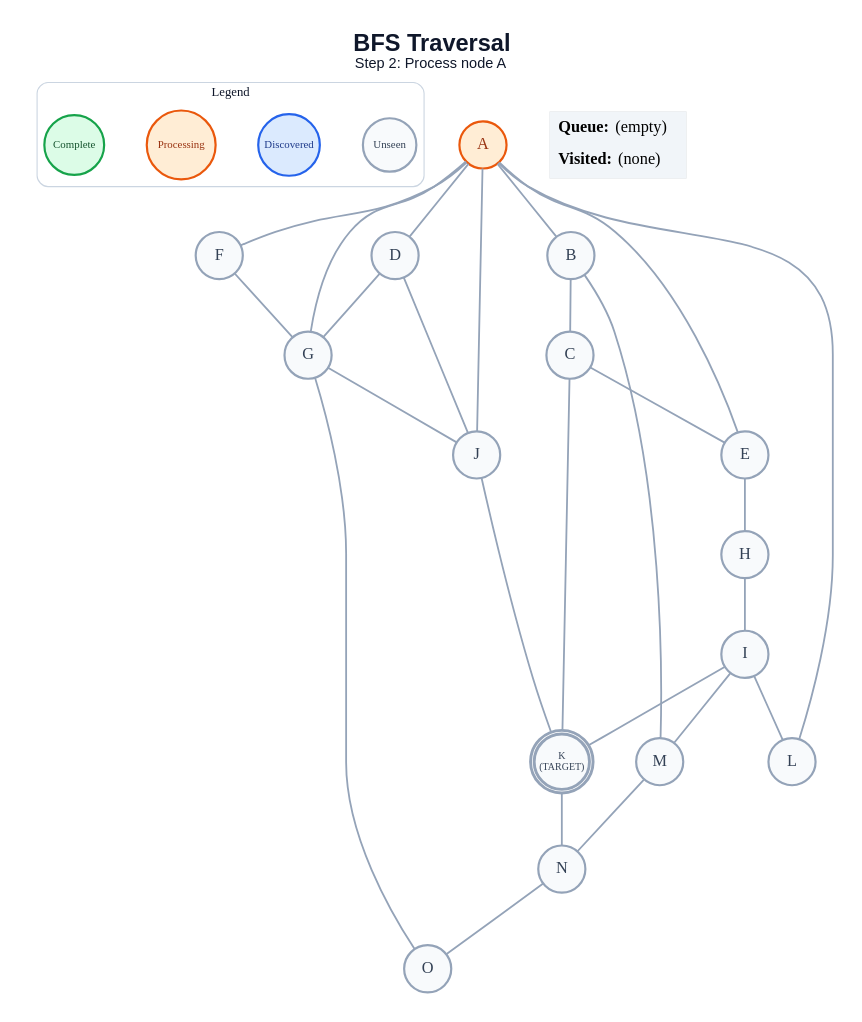
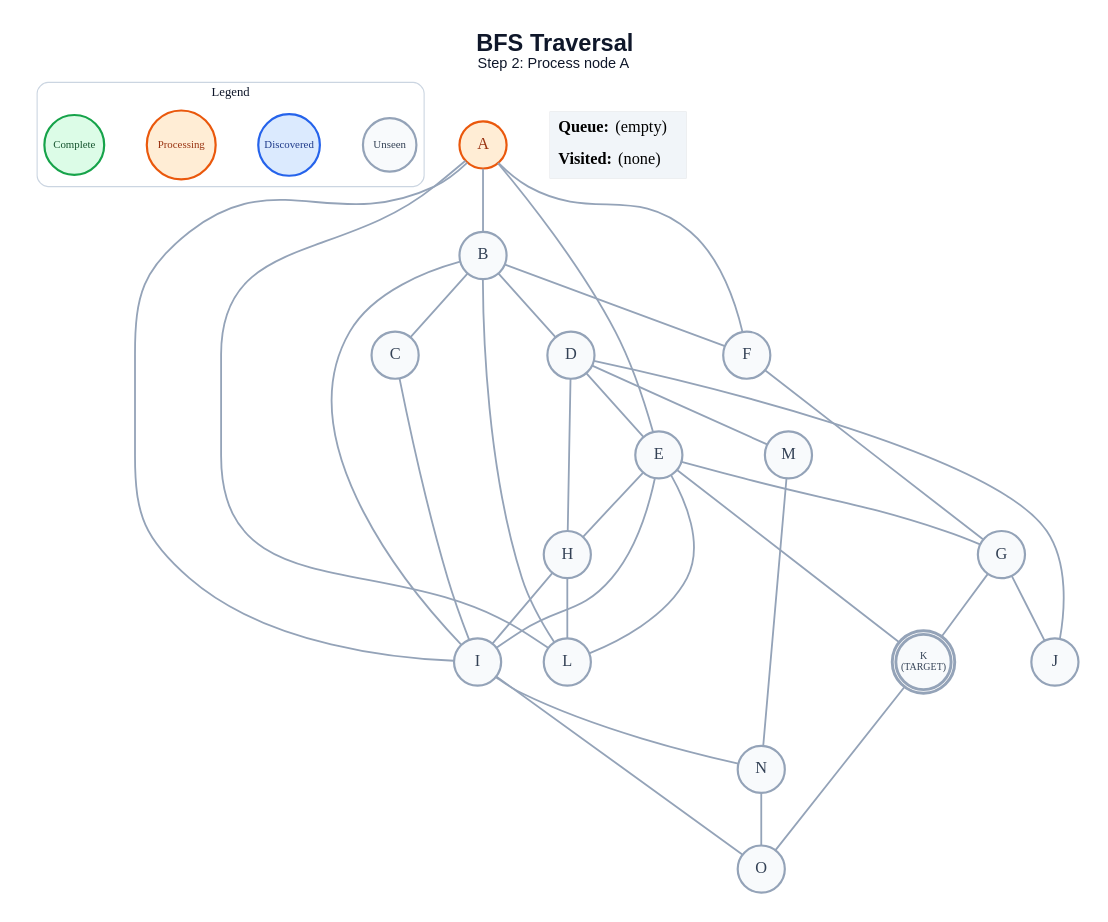
Before and after one commit to anon7238593-create/ai-slop: the diagram in generated/bfs/step_02.dot, drawn with Graphviz. The commit also changed 263 other files, not shown here.

```diff
--- a/generated/bfs/step_02.dot
+++ b/generated/bfs/step_02.dot
@@ -1,59 +1,64 @@
 graph traversal {
   graph [layout=dot, rankdir=TB, bgcolor="#FFFFFF", pad="0.35", nodesep="0.65", ranksep="0.8", fontname="Arial"];
   node [shape=circle, style="filled", fontname="Arial Bold", fontsize=18, width=0.72, fixedsize=true, penwidth=2.4];
   edge [color="#94A3B8", penwidth=2.0];
   label=<<B>BFS Traversal</B><BR/><FONT POINT-SIZE="16">Step 2: Process node A</FONT>>; labelloc="t"; fontsize=26; fontname="Arial"; fontcolor="#0F172A";
   subgraph cluster_legend { label="Legend"; color="#CBD5E1"; penwidth=1.2; style="rounded"; fontsize=14; fontname="Arial Bold";
     key_unseen [label="Unseen", fillcolor="#F8FAFC", color="#94A3B8", fontcolor="#334155", fontsize=12, width=0.82];
     key_frontier [label="Discovered", fillcolor="#DBEAFE", color="#2563EB", fontcolor="#1E3A8A", fontsize=12, width=0.95];
     key_current [label="Processing", fillcolor="#FFEDD5", color="#EA580C", fontcolor="#9A3412", fontsize=12, width=1.05];
     key_done [label="Complete", fillcolor="#DCFCE7", color="#16A34A", fontcolor="#14532D", fontsize=12, width=0.92];
     { rank=same; key_unseen; key_frontier; key_current; key_done; }
   }
   A [label="A", fillcolor="#FFEDD5", color="#EA580C", fontcolor="#9A3412", peripheries=1, penwidth=2.4];
   B [label="B", fillcolor="#F8FAFC", color="#94A3B8", fontcolor="#334155", peripheries=1, penwidth=2.4];
   C [label="C", fillcolor="#F8FAFC", color="#94A3B8", fontcolor="#334155", peripheries=1, penwidth=2.4];
   D [label="D", fillcolor="#F8FAFC", color="#94A3B8", fontcolor="#334155", peripheries=1, penwidth=2.4];
   E [label="E", fillcolor="#F8FAFC", color="#94A3B8", fontcolor="#334155", peripheries=1, penwidth=2.4];
   F [label="F", fillcolor="#F8FAFC", color="#94A3B8", fontcolor="#334155", peripheries=1, penwidth=2.4];
   G [label="G", fillcolor="#F8FAFC", color="#94A3B8", fontcolor="#334155", peripheries=1, penwidth=2.4];
   H [label="H", fillcolor="#F8FAFC", color="#94A3B8", fontcolor="#334155", peripheries=1, penwidth=2.4];
   I [label="I", fillcolor="#F8FAFC", color="#94A3B8", fontcolor="#334155", peripheries=1, penwidth=2.4];
   J [label="J", fillcolor="#F8FAFC", color="#94A3B8", fontcolor="#334155", peripheries=1, penwidth=2.4];
   K [label="K\n(TARGET)", fillcolor="#F8FAFC", color="#94A3B8", fontcolor="#334155", peripheries=2, penwidth=3.2, fontsize=11, width=0.85, height=0.85];
   L [label="L", fillcolor="#F8FAFC", color="#94A3B8", fontcolor="#334155", peripheries=1, penwidth=2.4];
   M [label="M", fillcolor="#F8FAFC", color="#94A3B8", fontcolor="#334155", peripheries=1, penwidth=2.4];
   N [label="N", fillcolor="#F8FAFC", color="#94A3B8", fontcolor="#334155", peripheries=1, penwidth=2.4];
   O [label="O", fillcolor="#F8FAFC", color="#94A3B8", fontcolor="#334155", peripheries=1, penwidth=2.4];
   A -- B;
-  A -- D;
   A -- E;
   A -- F;
-  A -- G;
-  A -- J;
+  A -- I;
   A -- L;
   B -- C;
-  B -- M;
-  C -- E;
-  C -- K;
-  D -- G;
+  B -- D;
+  B -- F;
+  B -- I;
+  B -- L;
+  C -- I;
+  D -- E;
+  D -- H;
   D -- J;
+  D -- M;
+  E -- G;
   E -- H;
+  E -- I;
+  E -- K;
+  E -- L;
   F -- G;
   G -- J;
-  G -- O;
+  G -- K;
   H -- I;
-  I -- K;
-  I -- L;
-  I -- M;
-  J -- K;
-  K -- N;
+  H -- L;
+  I -- N;
+  I -- O;
+  K -- O;
   M -- N;
   N -- O;
   status [shape=plain, fixedsize=false, width=0, height=0, margin=0, label=<
     <TABLE BORDER="0" CELLBORDER="0" CELLPADDING="7" BGCOLOR="#F1F5F9">
       <TR><TD ALIGN="LEFT"><B>Queue:</B> (empty)</TD></TR>
       <TR><TD ALIGN="LEFT"><B>Visited:</B> (none)</TD></TR>
     </TABLE>
   >];
 }
```
